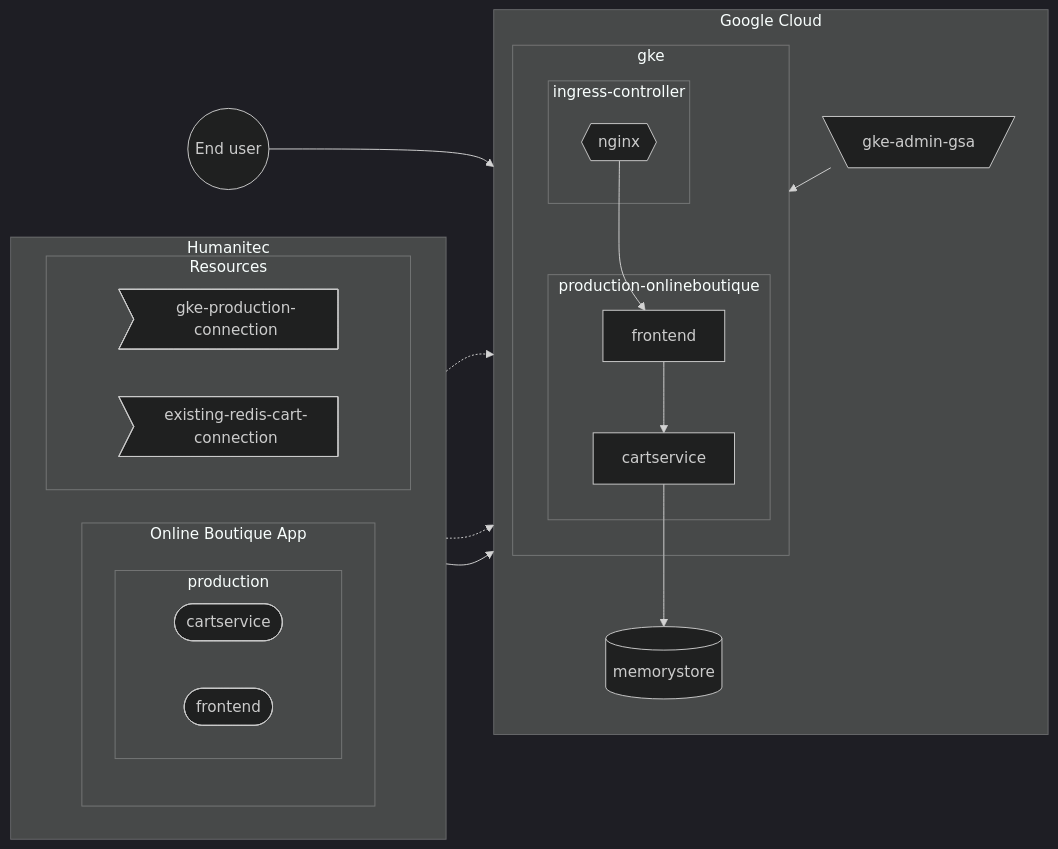
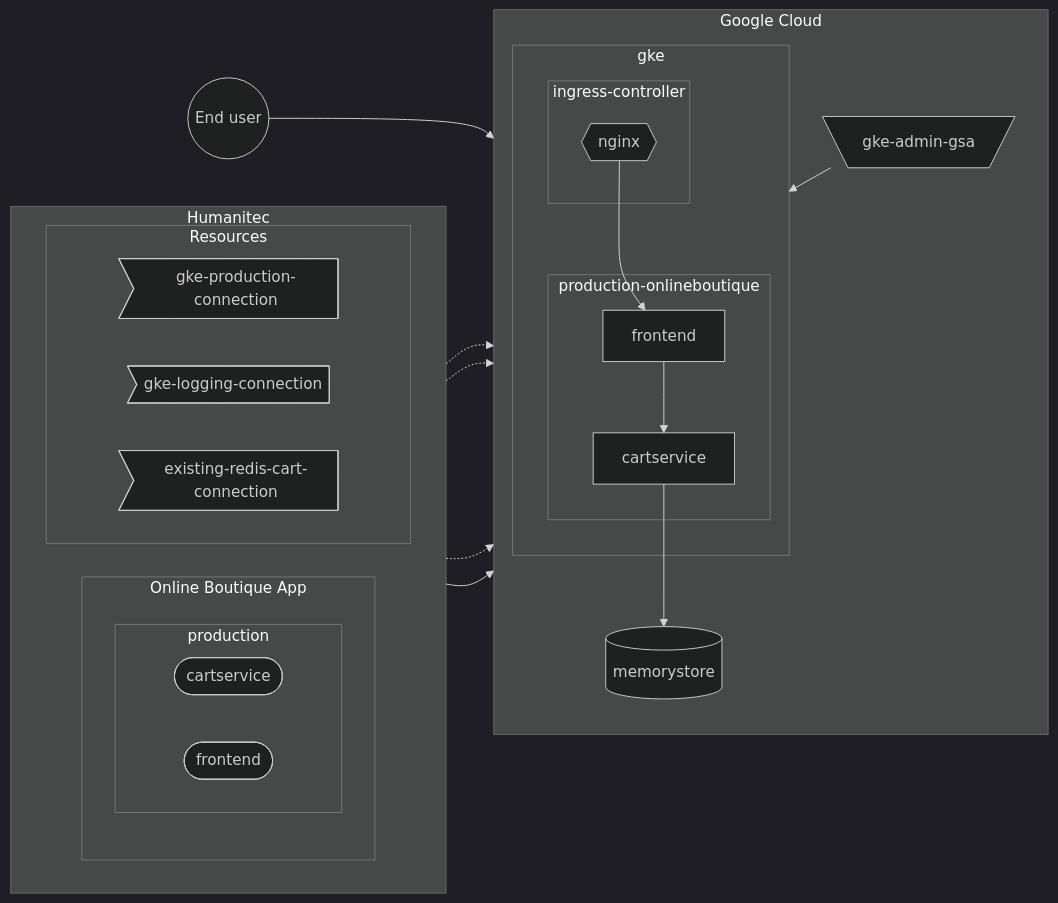
The fourth of 4 diagrams in docs/README.md (Humanitec-DemoOrg/onlineboutique-demo), drawn with Mermaid (dark theme) before and after one commit. The commit also changed other lines of this file and 1 other file, not shown here.

````diff
--- a/docs/README.md
+++ b/docs/README.md
@@ -60,36 +101,38 @@
 ```mermaid
 flowchart LR
   subgraph Humanitec
     direction LR
     subgraph onlineboutique-app [Online Boutique App]
       subgraph production
         direction LR
         cartservice-workload([cartservice])
         frontend-workload([frontend])
       end
     end
     subgraph Resources
         gke-production-connection>gke-production-connection]
+        gke-logging-connection>gke-logging-connection]
         existing-redis-cart-connection>existing-redis-cart-connection]
     end
   end
   subgraph Google Cloud
     direction TB
     subgraph gke
         subgraph ingress-controller
             nginx{{nginx}}
         end
         subgraph production-onlineboutique
             frontend-->cartservice
         end
         nginx-->frontend
     end
     gke-admin-gsa[\gke-admin-gsa/]
     gke-production-connection-.->gke-admin-gsa
+    gke-logging-connection-.->gke-admin-gsa
     gke-admin-gsa-->gke
     existing-redis-cart-connection-.->memorystore[(memorystore)]
     onlineboutique-app-->production-onlineboutique
     cartservice-->memorystore
   end
   enduser((End user))-->nginx
 ```
````
